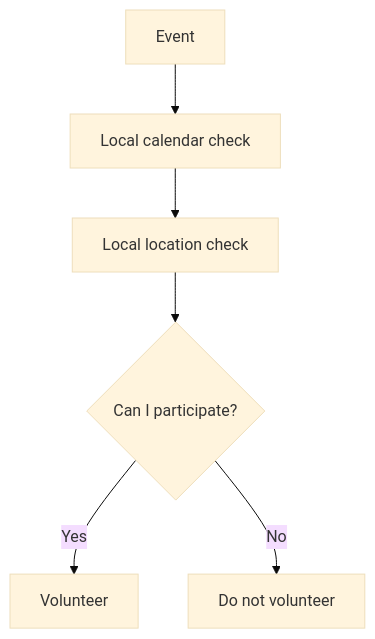
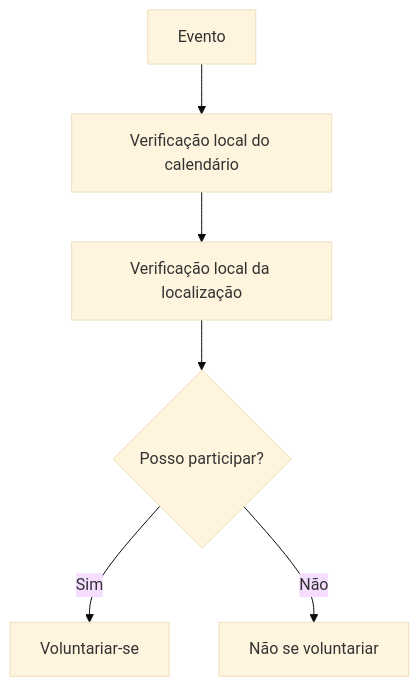
Before and after one commit to hugobessa/vamo-virar: diagram 11 of 21 in docs/architecture.md, drawn with Mermaid (base theme). The commit also changed other lines of this file and 30 other files, not shown here.

````diff
--- a/docs/architecture.md
+++ b/docs/architecture.md
@@ -372,8 +372,8 @@
 ```mermaid
 flowchart TD
-    E[Event] --> C[Local calendar check]
-    C --> L[Local location check]
-    L --> Q{Can I participate?}
-    Q -->|Yes| V[Volunteer]
-    Q -->|No| X[Do not volunteer]
+    E[Evento] --> C[Verificação local do calendário]
+    C --> L[Verificação local da localização]
+    L --> Q{Posso participar?}
+    Q -->|Sim| V[Voluntariar-se]
+    Q -->|Não| X[Não se voluntariar]
 ```
````
